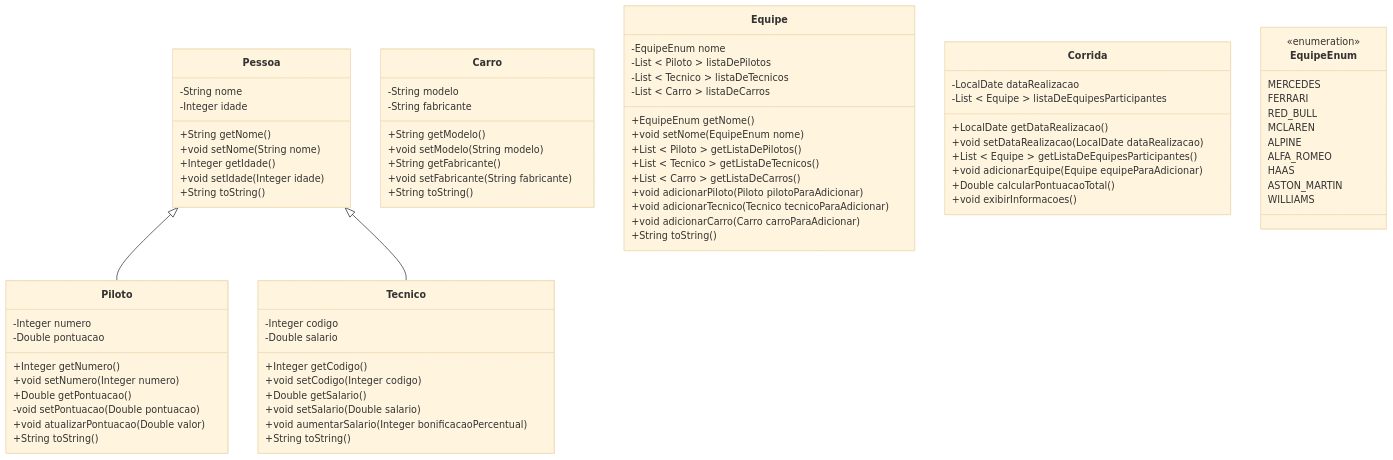
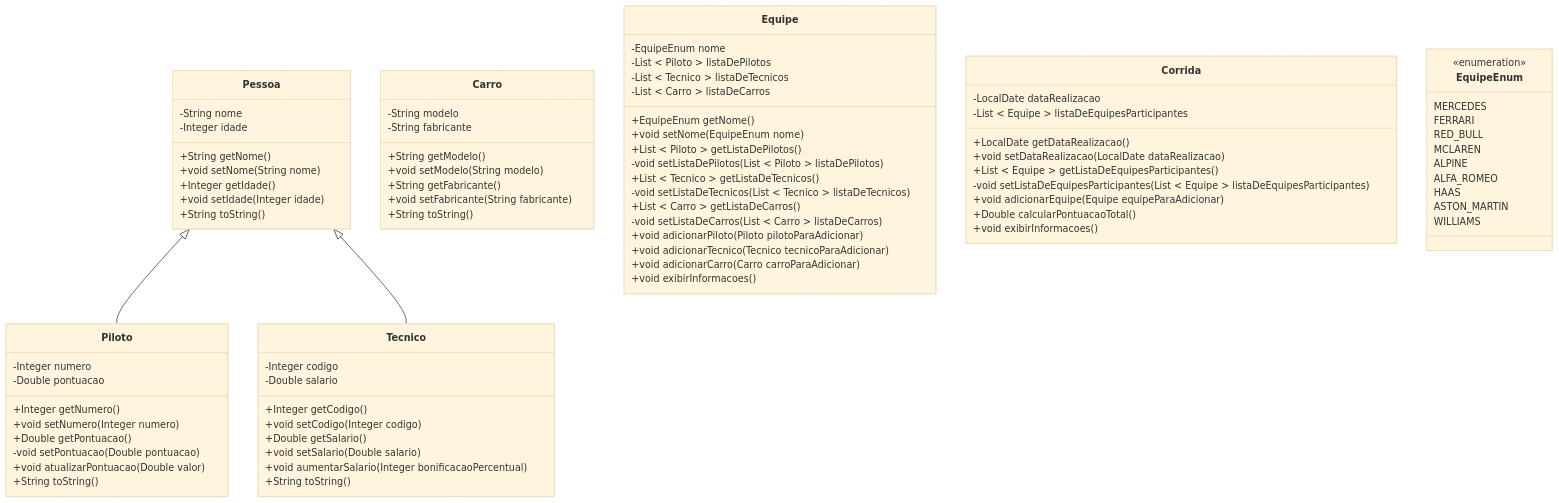
Before and after one commit to heltonricardo/enunciados-exercicios-java: the diagram in exercicio-002/versao-002/README.md, drawn with Mermaid (base theme). The commit also changed other lines of this file, not shown here.

```diff
--- a/exercicio-002/versao-002/README.md
+++ b/exercicio-002/versao-002/README.md
@@ -63,12 +63,15 @@
   +EquipeEnum getNome()
   +void setNome(EquipeEnum nome)
   +List < Piloto > getListaDePilotos()
+  -void setListaDePilotos(List < Piloto > listaDePilotos)
   +List < Tecnico > getListaDeTecnicos()
+  -void setListaDeTecnicos(List < Tecnico > listaDeTecnicos)
   +List < Carro > getListaDeCarros()
+  -void setListaDeCarros(List < Carro > listaDeCarros)
   +void adicionarPiloto(Piloto pilotoParaAdicionar)
   +void adicionarTecnico(Tecnico tecnicoParaAdicionar)
   +void adicionarCarro(Carro carroParaAdicionar)
-  +String toString()
+  +void exibirInformacoes()
 }
 
 class Corrida {
@@ -77,6 +80,7 @@
   +LocalDate getDataRealizacao()
   +void setDataRealizacao(LocalDate dataRealizacao)
   +List < Equipe > getListaDeEquipesParticipantes()
+  -void setListaDeEquipesParticipantes(List < Equipe > listaDeEquipesParticipantes)
   +void adicionarEquipe(Equipe equipeParaAdicionar)
   +Double calcularPontuacaoTotal()
   +void exibirInformacoes()
```
